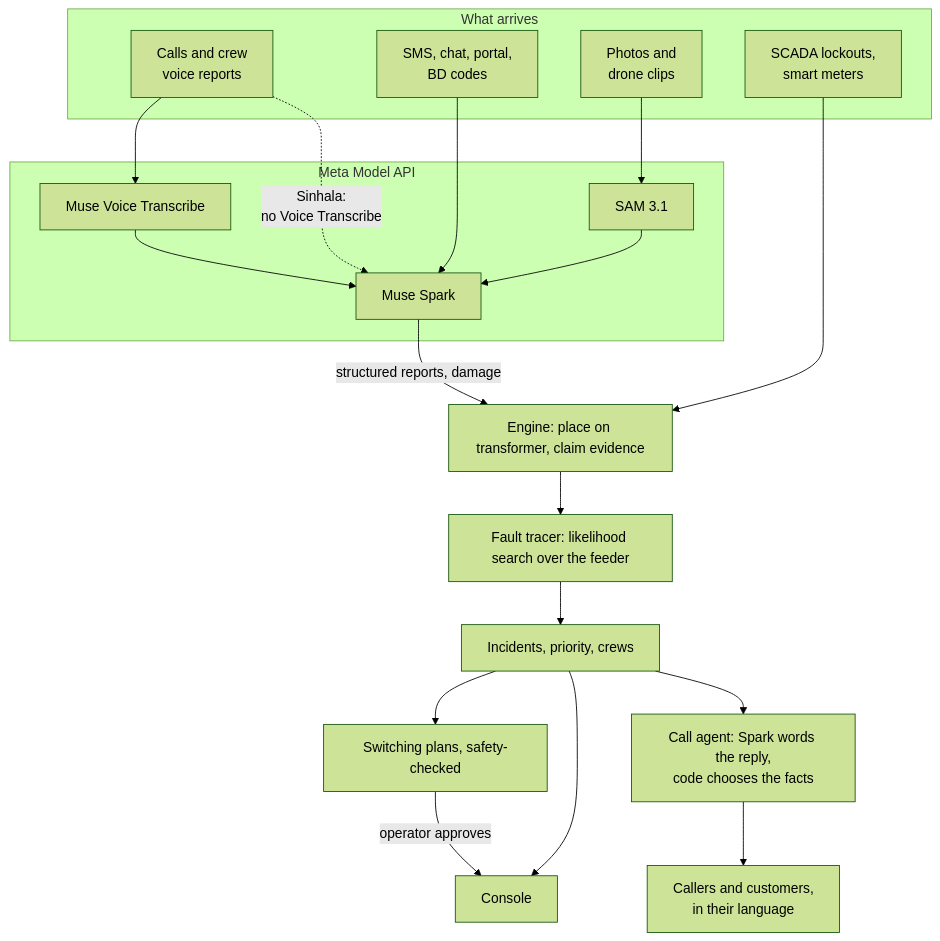
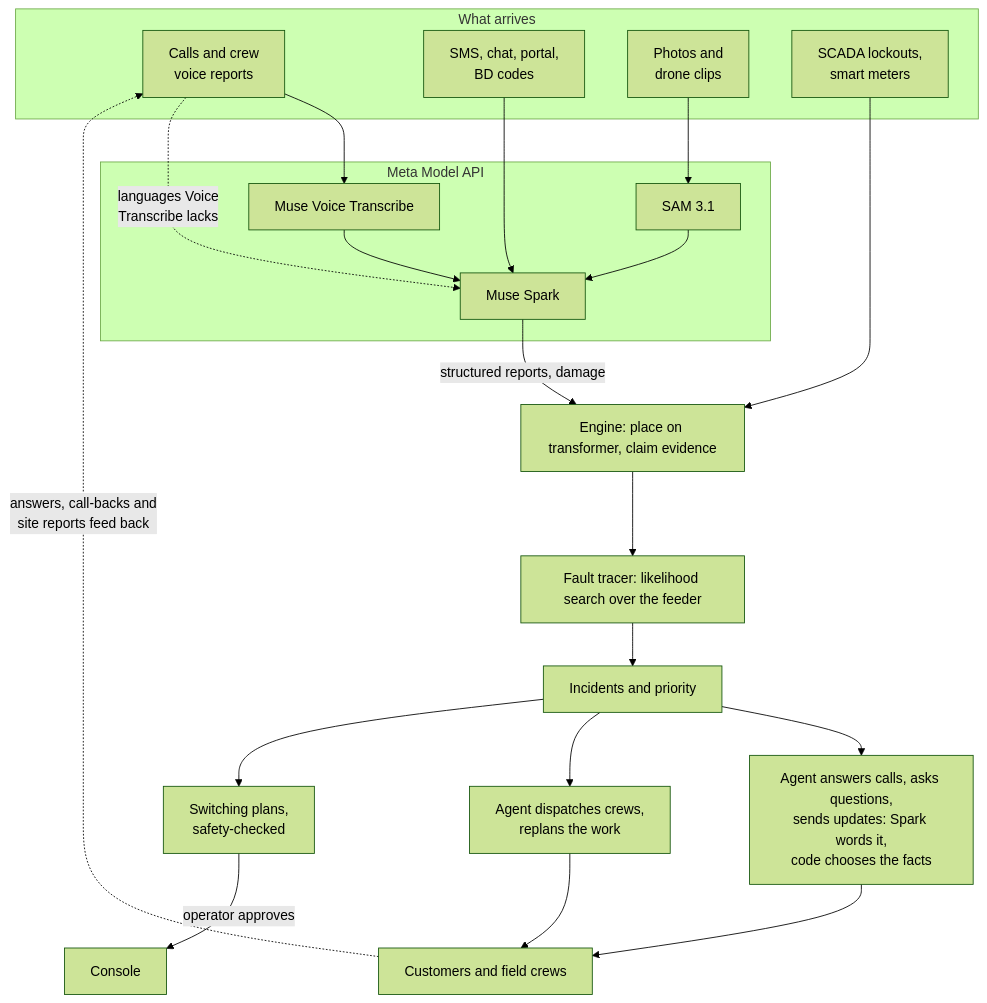
The diagram in docs/img/architecture.mmd (MalithaBandara/relight), drawn with Mermaid (forest theme) before and after one commit. The commit also changed 3 other files, not shown here.

```diff
--- a/docs/img/architecture.mmd
+++ b/docs/img/architecture.mmd
@@ -1,25 +1,27 @@
 flowchart TB
   subgraph In["What arrives"]
     A["Calls and crew<br>voice reports"]
     B["SMS, chat, portal,<br>BD codes"]
     C["Photos and<br>drone clips"]
     D["SCADA lockouts,<br>smart meters"]
   end
   subgraph Meta["Meta Model API"]
     VT["Muse Voice Transcribe"]
     SAM["SAM 3.1"]
     SP["Muse Spark"]
   end
   A --> VT --> SP
-  A -. "Sinhala:<br>no Voice Transcribe" .-> SP
+  A -. "languages Voice<br>Transcribe lacks" .-> SP
   B --> SP
   C --> SAM --> SP
   SP -->|"structured reports, damage"| E["Engine: place on transformer, claim evidence"]
   D --> E
   E --> T["Fault tracer: likelihood search over the feeder"]
-  T --> I["Incidents, priority, crews"]
-  I --> S["Switching plans, safety-checked"]
+  T --> I["Incidents and priority"]
+  I --> AG["Agent answers calls, asks questions,<br>sends updates: Spark words it,<br>code chooses the facts"]
+  I --> CR["Agent dispatches crews,<br>replans the work"]
+  AG --> P["Customers and field crews"]
+  CR --> P
+  P -. "answers, call-backs and<br>site reports feed back" .-> A
+  I --> S["Switching plans,<br>safety-checked"]
   S -->|"operator approves"| O["Console"]
-  I --> AG["Call agent: Spark words the reply,<br>code chooses the facts"]
-  AG --> N["Callers and customers,<br>in their language"]
-  I --> O
```
